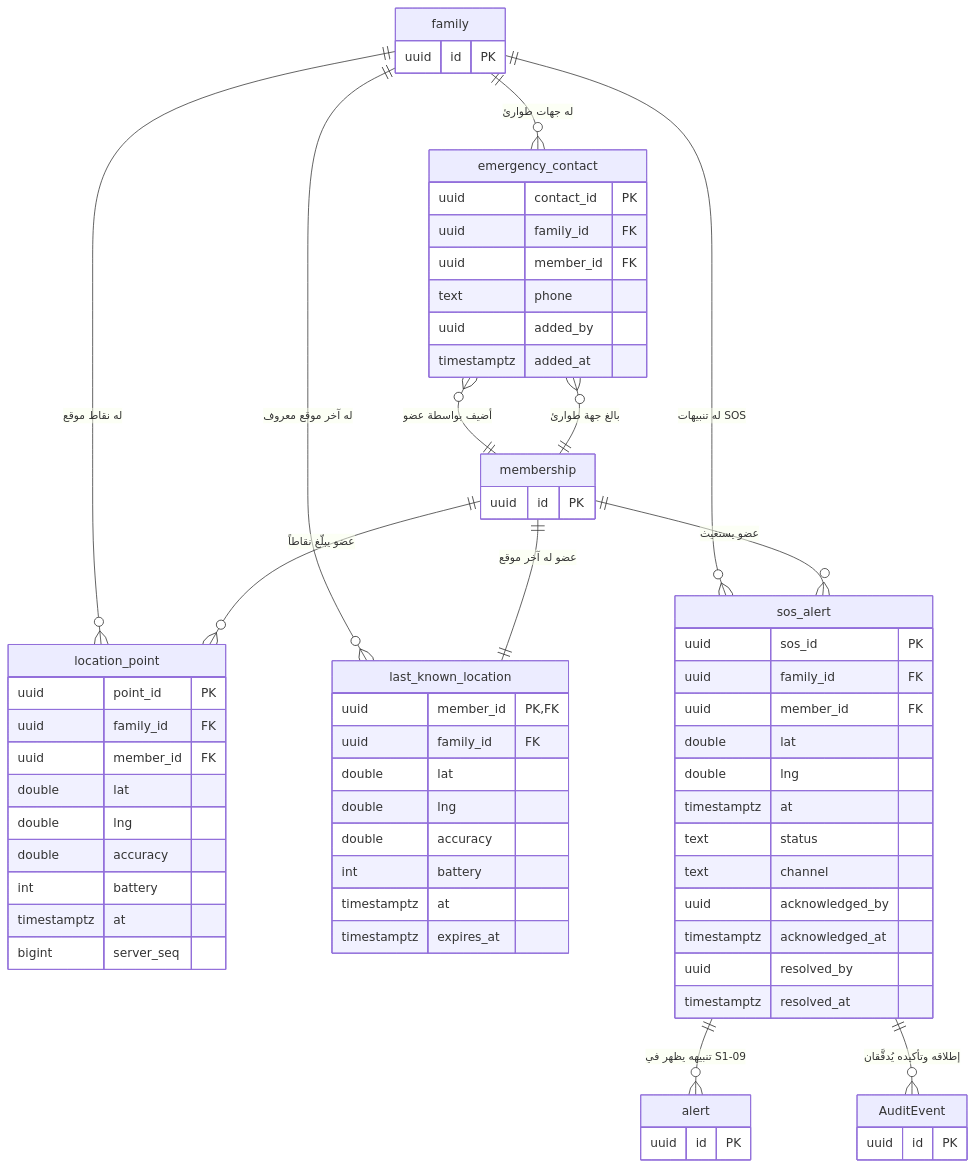
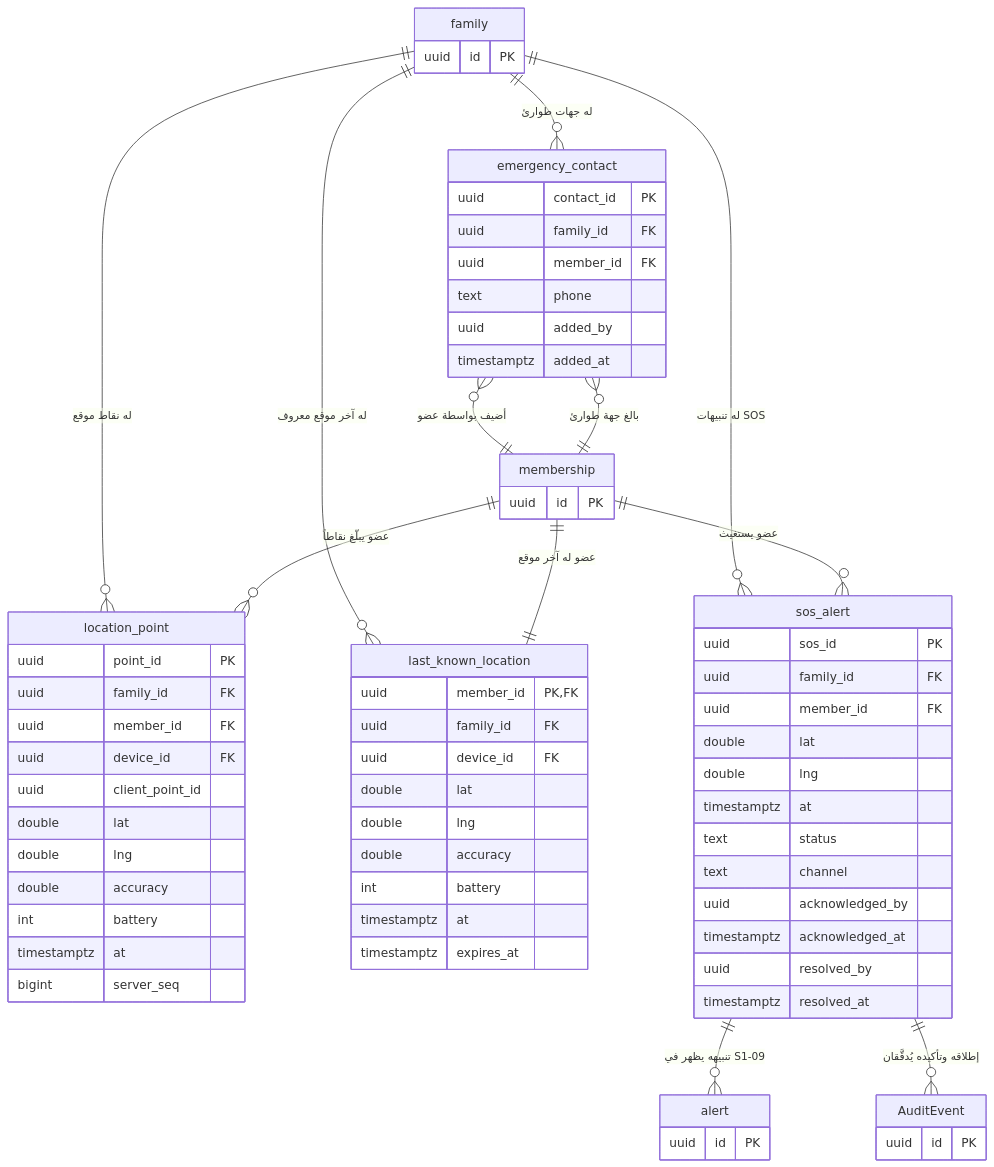
Before and after one commit to Bassam-mohammed-alqaeadi/family-os-v2: the second of 13 diagrams in docs/family-os/governance/phases/phase-1/S1-07-location-basic/DIAGRAMS.md, drawn with Mermaid. The commit also changed other lines of this file and 6 other files, not shown here.

````diff
--- a/docs/family-os/governance/phases/phase-1/S1-07-location-basic/DIAGRAMS.md
+++ b/docs/family-os/governance/phases/phase-1/S1-07-location-basic/DIAGRAMS.md
@@ -73,70 +73,73 @@
 ```mermaid
 erDiagram
     family ||--o{ location_point : "له نقاط موقع"
     family ||--o{ last_known_location : "له آخر موقع معروف"
     family ||--o{ sos_alert : "له تنبيهات SOS"
     family ||--o{ emergency_contact : "له جهات طوارئ"
     membership ||--o{ location_point : "عضو يبلّغ نقاطاً"
     membership ||--|| last_known_location : "عضو له آخر موقع"
     membership ||--o{ sos_alert : "عضو يستغيث"
     membership ||--o{ emergency_contact : "بالغ جهة طوارئ"
     sos_alert ||--o{ alert : "تنبيهه يظهر في S1-09"
     sos_alert ||--o{ AuditEvent : "إطلاقه وتأكيده يُدقَّقان"
     emergency_contact }o--|| membership : "أضيف بواسطة عضو"
 
     location_point {
         uuid point_id PK
         uuid family_id FK
         uuid member_id FK
+        uuid device_id FK
+        uuid client_point_id
         double lat
         double lng
         double accuracy
         int battery
         timestamptz at
         bigint server_seq
     }
     last_known_location {
         uuid member_id PK, FK
         uuid family_id FK
+        uuid device_id FK
         double lat
         double lng
         double accuracy
         int battery
         timestamptz at
         timestamptz expires_at
     }
     sos_alert {
         uuid sos_id PK
         uuid family_id FK
         uuid member_id FK
         double lat
         double lng
         timestamptz at
         text status
         text channel
         uuid acknowledged_by
         timestamptz acknowledged_at
         uuid resolved_by
         timestamptz resolved_at
     }
     emergency_contact {
         uuid contact_id PK
         uuid family_id FK
         uuid member_id FK
         text phone
         uuid added_by
         timestamptz added_at
     }
     family {
         uuid id PK
     }
     membership {
         uuid id PK
     }
     alert {
         uuid id PK
     }
     AuditEvent {
         uuid id PK
     }
 ```
````
